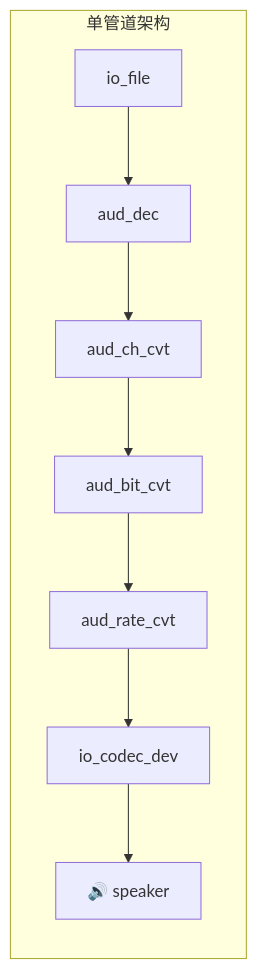
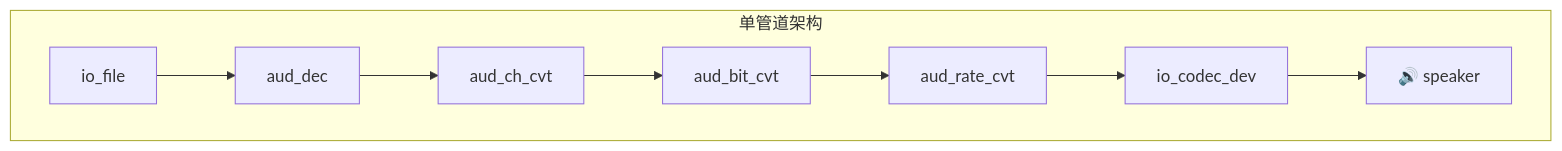
One commit to espressif/esp-gmf changed the first of 3 diagrams in gmf_examples/basic_examples/pipeline_loop_play_no_gap/README_CN.md. Above: the diagram before and after it, drawn with Mermaid. The commit also changed other lines of this file and 57 other files, not shown here.

````diff
--- a/gmf_examples/basic_examples/pipeline_loop_play_no_gap/README_CN.md
+++ b/gmf_examples/basic_examples/pipeline_loop_play_no_gap/README_CN.md
@@ -25,11 +22,7 @@
 ```mermaid
 flowchart LR
-    subgraph "单管道架构"
-        A1[io_file] --> A2[aud_dec]
-        A2 --> A3[aud_ch_cvt]
-        A3 --> A4[aud_bit_cvt]
-        A4 --> A5[aud_rate_cvt]
-        A5 --> A6[io_codec_dev]
-        A6 --> A7[🔊 speaker]
+    subgraph 单管道架构["单管道架构"]
+        direction LR
+        A1[io_file] --> A2[aud_dec] --> A3[aud_ch_cvt] --> A4[aud_bit_cvt] --> A5[aud_rate_cvt] --> A6[io_codec_dev] --> A7[🔊 speaker]
     end
 ```
````
